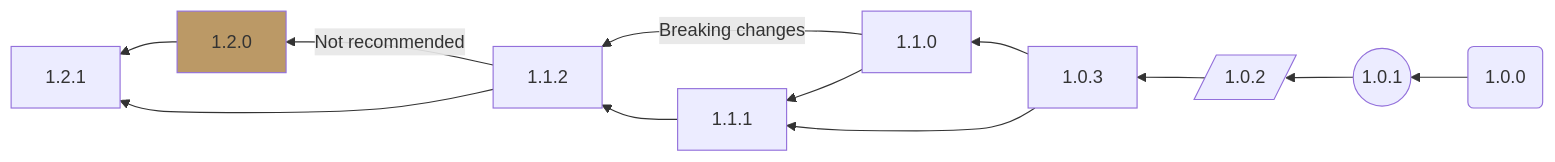
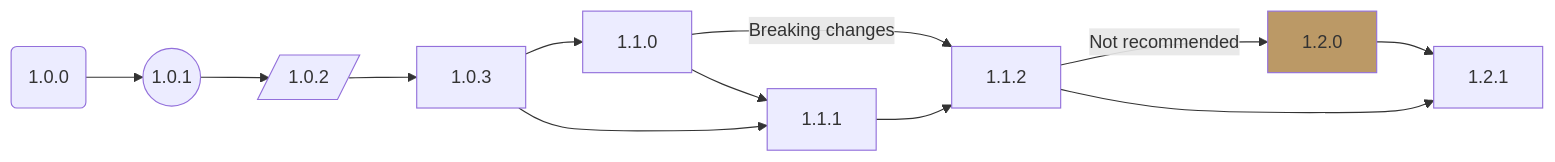
Before and after one commit to jhkrug/hw-diag: the fifth of 8 diagrams in docs/simon/simons-use-case.md, drawn with Mermaid. The commit also changed other lines of this file and 5 other files, not shown here.

````diff
--- a/docs/simon/simons-use-case.md
+++ b/docs/simon/simons-use-case.md
@@ -116,16 +116,16 @@
 ```mermaid
 %%{init: "theme": "neutral"}%%
-flowchart RL;
+flowchart LR;
 1.0.0(1.0.0)-->1.0.1((1.0.1));
 1.0.1-->1.0.2[/1.0.2/];
 1.0.2-->1.0.3;
 1.0.3-->1.1.0;
 1.0.3-->1.1.1;
 1.1.0-->|Breaking changes|1.1.2;
 1.1.0-->1.1.1;
 1.1.1-->1.1.2;
 style 1.2.0 fill:#b96
 1.1.2-->|Not recommended|1.2.0;
 1.1.2-->1.2.1;
 1.2.0-->1.2.1;
 ```
````
